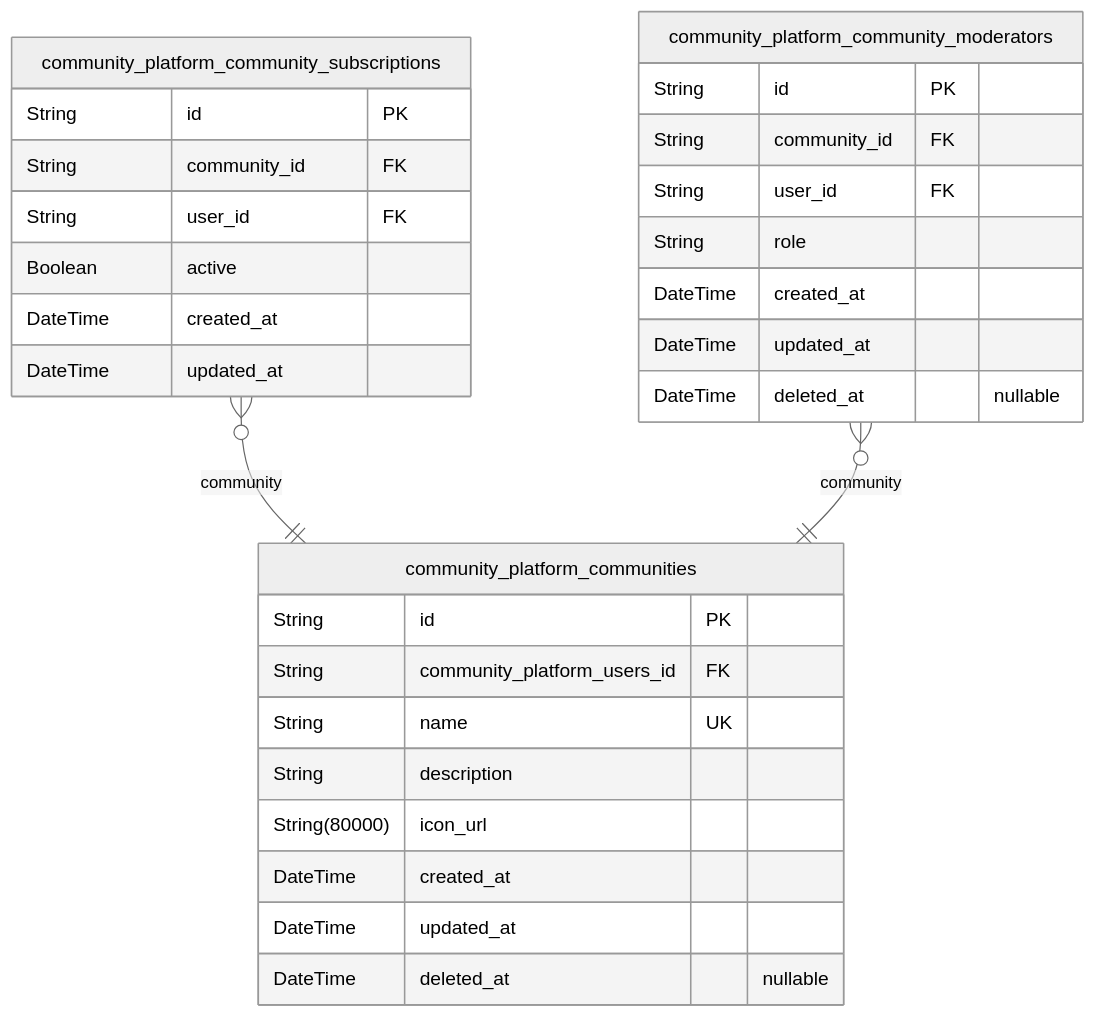
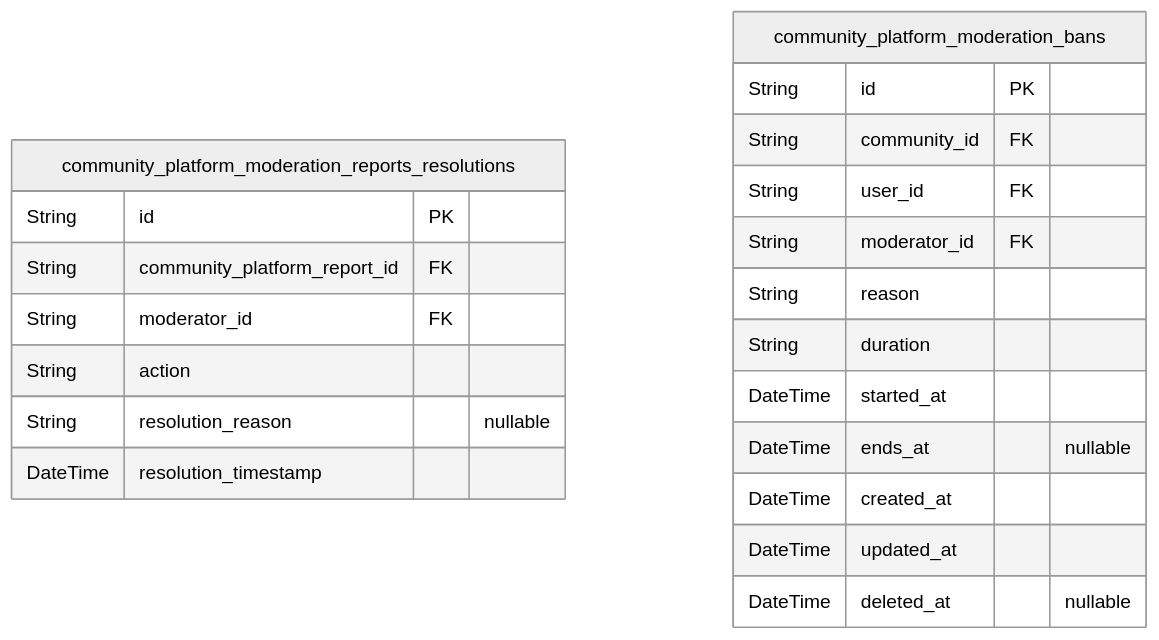
Before and after one commit to wrtnlabs/autobe-examples: the ninth of 11 diagrams in qwen/qwen3-30b-a3b-thinking-2507/reddit/docs/ERD.md, drawn with Mermaid (neutral theme). The commit also changed other lines of this file and 11104 other files, not shown here.

````diff
--- a/qwen/qwen3-30b-a3b-thinking-2507/reddit/docs/ERD.md
+++ b/qwen/qwen3-30b-a3b-thinking-2507/reddit/docs/ERD.md
@@ -497,32 +853,24 @@
 ```mermaid
 erDiagram
-"community_platform_communities" {
+"community_platform_moderation_reports_resolutions" {
   String id PK
-  String community_platform_users_id FK
-  String name UK
-  String description
-  String(80000) icon_url
+  String community_platform_report_id FK
+  String moderator_id FK
+  String action
+  String resolution_reason "nullable"
+  DateTime resolution_timestamp
+}
+"community_platform_moderation_bans" {
+  String id PK
+  String community_id FK
+  String user_id FK
+  String moderator_id FK
+  String reason
+  String duration
+  DateTime started_at
+  DateTime ends_at "nullable"
   DateTime created_at
   DateTime updated_at
   DateTime deleted_at "nullable"
 }
-"community_platform_community_subscriptions" {
-  String id PK
-  String community_id FK
-  String user_id FK
-  Boolean active
-  DateTime created_at
-  DateTime updated_at
-}
-"community_platform_community_moderators" {
-  String id PK
-  String community_id FK
-  String user_id FK
-  String role
-  DateTime created_at
-  DateTime updated_at
-  DateTime deleted_at "nullable"
-}
-"community_platform_community_subscriptions" }o--|| "community_platform_communities" : community
-"community_platform_community_moderators" }o--|| "community_platform_communities" : community
 ```
````
